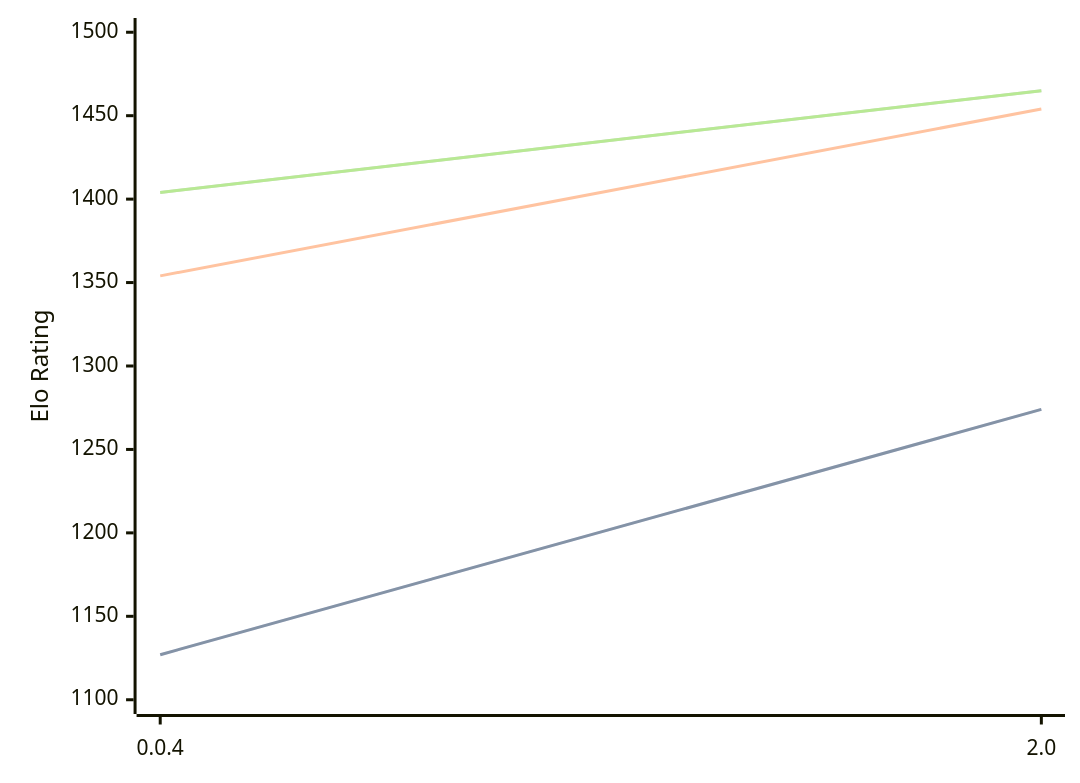
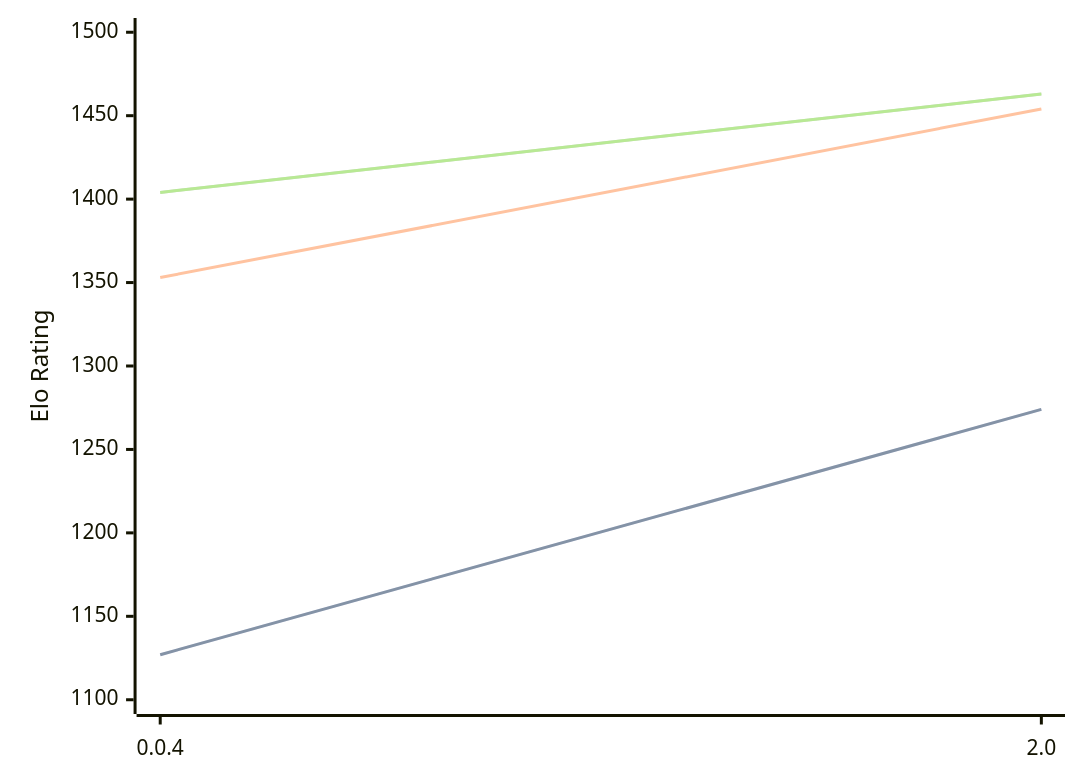
The first of 3 diagrams in engines/Oops!Mate.md (computer-chess-index/cci), drawn with Mermaid before and after one commit. The commit also changed other lines of this file, not shown here.

Commit message:
Update CCI Ratings (ELO VLTC) - 2026-06-30

````diff
--- a/engines/Oops!Mate.md
+++ b/engines/Oops!Mate.md
@@ -52,11 +52,11 @@
 ```mermaid
 %%{init: {"theme":"base","themeVariables":{"seriesColors:['#a3a3a3','#222221','#faa371']}}}%%
 xychart-beta
   x-axis ["0.0.4", "2.0"]
   y-axis "Elo Rating" 1100 --> 1500
   line "STC (8.0+0.08s)" [1127, 1274]
   line "STC (8.0+0.08s)" [1127, 1274]
-  line "LTC (60.0+0.60s)" [1354, 1454]
-  line "VLTC (2m24s+1.12s)" [1404, 1465]
-  line "VLTC (2m24s+1.12s)" [1404, 1465]
+  line "LTC (60.0+0.60s)" [1353, 1454]
+  line "VLTC (2m24s+1.12s)" [1404, 1463]
+  line "VLTC (2m24s+1.12s)" [1404, 1463]
 ```
````
